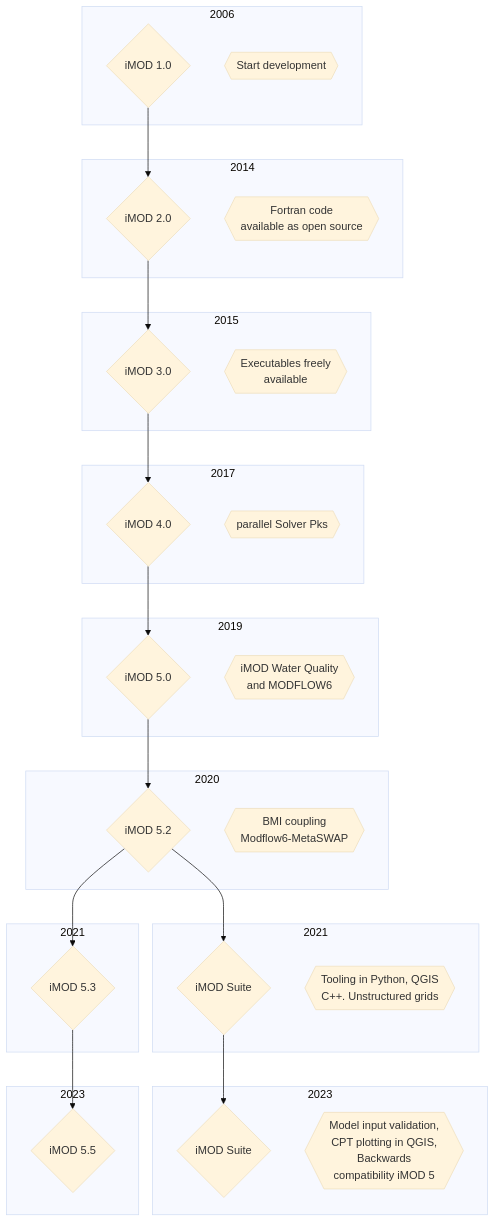
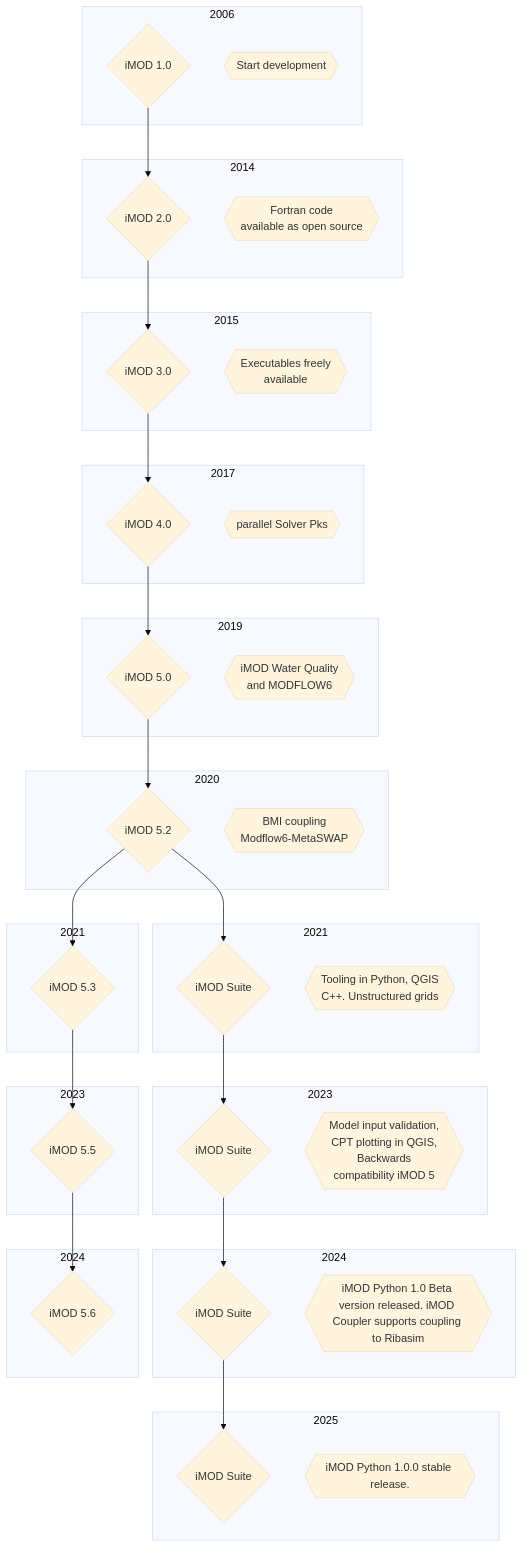
The diagram in docs/about.qmd (Deltares/iMOD-Documentation), drawn with Mermaid (base theme) before and after one commit.

Commit message:
Update diagram with developments of last 2 years

````diff
--- a/docs/about.qmd
+++ b/docs/about.qmd
@@ -75,50 +75,65 @@
 ```{mermaid}
 flowchart TB
   subgraph 2006
   A{iMOD 1.0}
   X{{Start development}}
   end
   A --> B{iMOD 2.0}
   subgraph 2014
   B
   Y{{Fortran code <br/> available as open source}}
   end
   B --> C{iMOD 3.0}
   subgraph 2015
   C
   Z{{Executables freely <br/> available}}
   end
   C --> D{iMOD 4.0}
   subgraph 2017
   D
   XX{{parallel Solver Pks}}
   end
   D --> E{iMOD 5.0}
   subgraph 2019
   E
   XY{{iMOD Water Quality <br/> and MODFLOW6}}
   end
   E --> F{iMOD 5.2}
   subgraph 2020
   F
   XZ{{BMI coupling <br/> Modflow6-MetaSWAP}}
   end
   F --> G{iMOD Suite}
   F --> H{iMOD 5.3}
   subgraph 2021
   G
   YX{{Tooling in Python, QGIS <br/> C++. Unstructured grids}}
   end
   subgraph 2021 
   H
   end
   H --> I{iMOD 5.5}
   G --> J{iMOD Suite}
   subgraph 2023
   I
   end
   subgraph 2023 
   J
   YY{{Model input validation, <br/> CPT plotting in QGIS, <br/> Backwards <br/> compatibility iMOD 5}}
   end
+  I --> K{iMOD 5.6}
+  J --> L{iMOD Suite}
+  subgraph 2024
+  K
+  end
+  subgraph 2024 
+  L
+  YZ{{iMOD Python 1.0 Beta version released. iMOD Coupler supports coupling to Ribasim}}
+  end
+  L --> M{iMOD Suite}
+  subgraph 2025
+  M
+  ZX{{iMOD Python 1.0.0 stable release.}}
+  end
+
 ```
````
